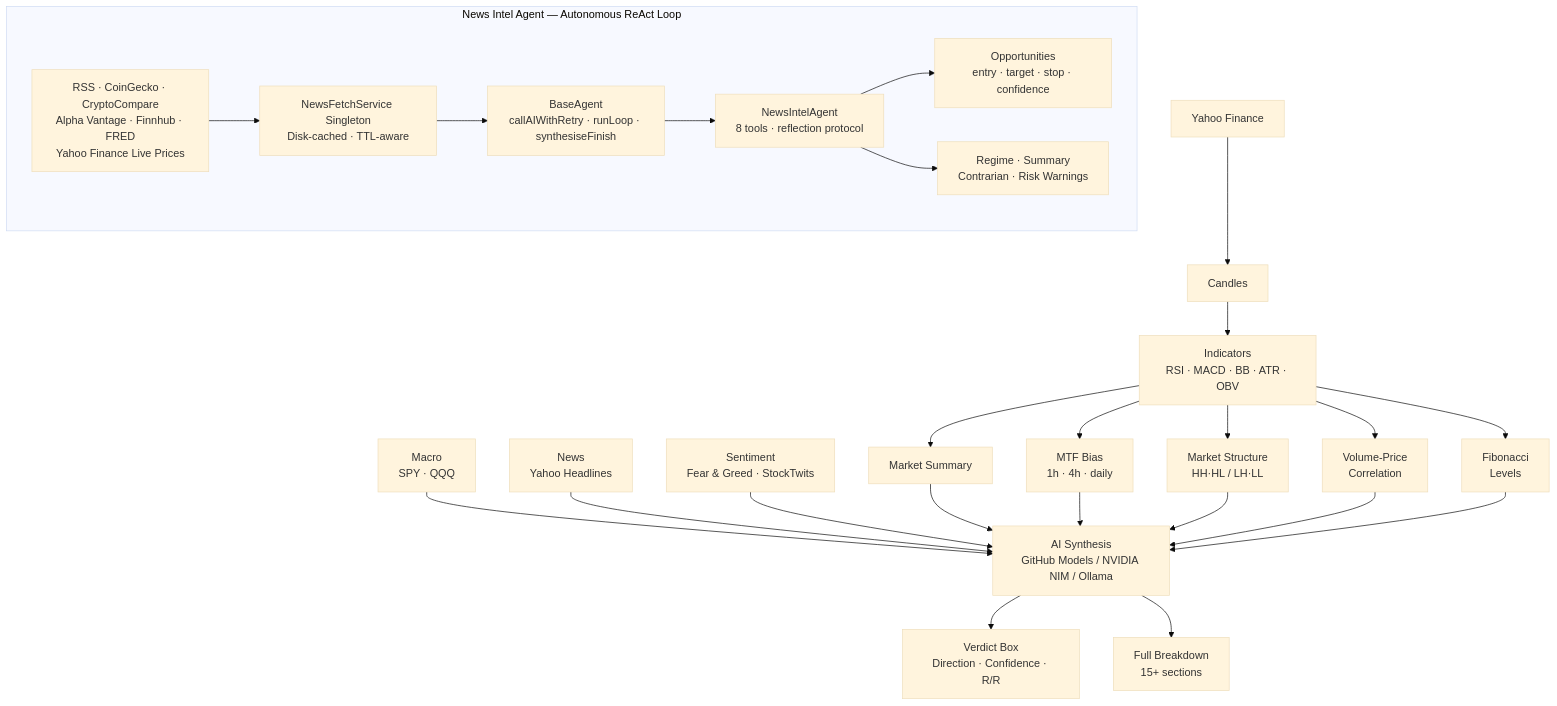
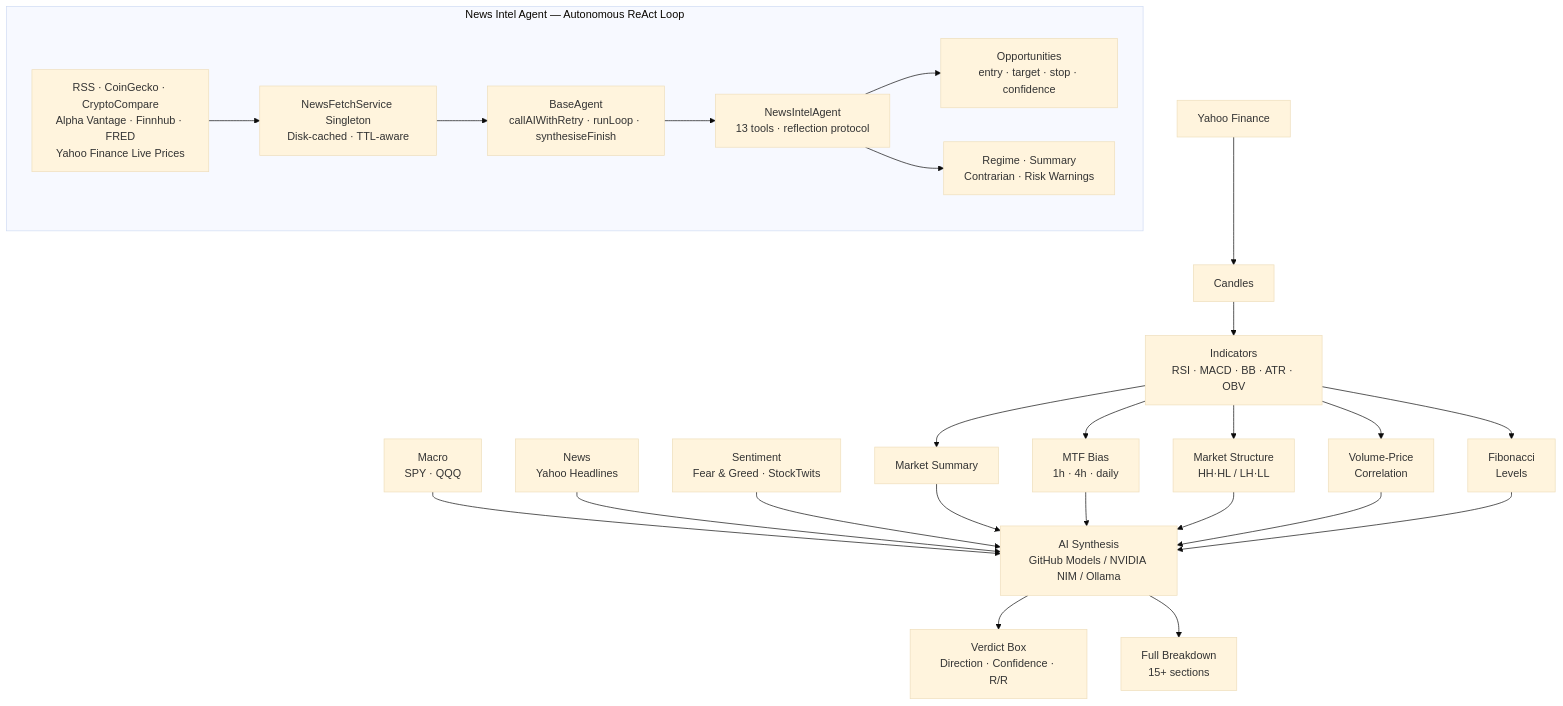
The diagram in README.md (AlGhozaliRamadhan/BOZ), drawn with Mermaid (base theme) before and after one commit. The commit also changed other lines of this file and 12 other files, not shown here.

````diff
--- a/README.md
+++ b/README.md
@@ -220,31 +220,31 @@
 ```mermaid
 flowchart TD
     YF[Yahoo Finance] --> CD[Candles]
     CD --> IND[Indicators\nRSI · MACD · BB · ATR · OBV]
     IND --> MS[Market Summary]
     IND --> MTF[MTF Bias\n1h · 4h · daily]
     IND --> STR[Market Structure\nHH·HL / LH·LL]
     IND --> VPC[Volume-Price\nCorrelation]
     IND --> FIB[Fibonacci\nLevels]
 
     MAC[Macro\nSPY · QQQ] --> AI
     NEWS[News\nYahoo Headlines] --> AI
     SENT[Sentiment\nFear & Greed · StockTwits] --> AI
 
     MS --> AI[AI Synthesis\nGitHub Models / NVIDIA NIM / Ollama]
     MTF --> AI
     STR --> AI
     VPC --> AI
     FIB --> AI
 
     AI --> VB[Verdict Box\nDirection · Confidence · R/R]
     AI --> BD[Full Breakdown\n15+ sections]
 
     subgraph NewsIntelAgent[News Intel Agent — Autonomous ReAct Loop]
       NF[RSS · CoinGecko · CryptoCompare\nAlpha Vantage · Finnhub · FRED\nYahoo Finance Live Prices] --> NFS[NewsFetchService Singleton\nDisk-cached · TTL-aware]
       NFS --> BA[BaseAgent\ncallAIWithRetry · runLoop · synthesiseFinish]
-      BA --> NIA[NewsIntelAgent\n8 tools · reflection protocol]
+      BA --> NIA[NewsIntelAgent\n13 tools · reflection protocol]
       NIA --> OPP[Opportunities\nentry · target · stop · confidence]
       NIA --> REG[Regime · Summary\nContrarian · Risk Warnings]
     end
 ```
````
